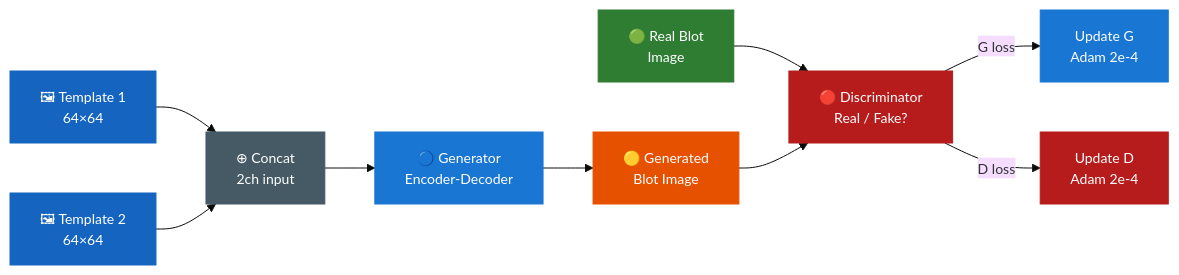
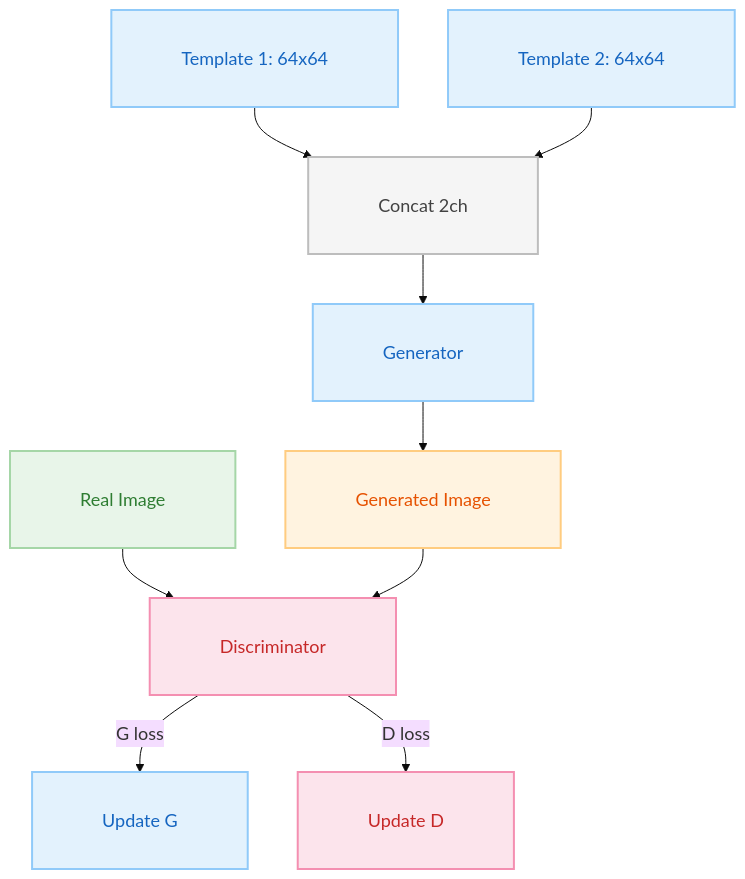
Before and after one commit to buttegggggggg/buttegggggggg.github.io: the fourth of 4 diagrams in DL.qmd, drawn with Mermaid. The commit also changed other lines of this file and 79 other files, not shown here.

````diff
--- a/DL.qmd
+++ b/DL.qmd
@@ -483,31 +475,22 @@
 ```{mermaid}
-%%{init: {"theme": "base", "themeVariables": {"fontSize": "14px"}}}%%
-flowchart LR
-    T1["🖼 Template 1<br/>64×64"]
-    T2["🖼 Template 2<br/>64×64"]
-    CAT["⊕ Concat<br/>2ch input"]
-    G["🔵 Generator<br/>Encoder-Decoder"]
-    FAKE["🟡 Generated<br/>Blot Image"]
-    REAL["🟢 Real Blot<br/>Image"]
-    D["🔴 Discriminator<br/>Real / Fake?"]
-    UG["Update G<br/>Adam 2e-4"]
-    UD["Update D<br/>Adam 2e-4"]
+%%{init: {"theme": "base", "themeVariables": {"fontSize": "18px"}, "flowchart": {"padding": 35}}}%%
+flowchart TD
+    T1["Template 1: 64x64     "] --> CAT["Concat 2ch     "]
+    T2["Template 2: 64x64     "] --> CAT
+    CAT --> G["Generator     "]
+    G --> FAKE["Generated Image     "]
+    REAL["Real Image     "] --> D["Discriminator     "]
+    FAKE --> D
+    D -->|G loss| UG["Update G     "]
+    D -->|D loss| UD["Update D     "]
 
-    T1 --> CAT
-    T2 --> CAT
-    CAT --> G --> FAKE
-    REAL --> D
-    FAKE --> D
-    D -->|"G loss"| UG
-    D -->|"D loss"| UD
-
-    style T1   fill:#1565C0,color:#fff,stroke:#1565C0
-    style T2   fill:#1565C0,color:#fff,stroke:#1565C0
-    style CAT  fill:#455A64,color:#fff,stroke:#455A64
-    style G    fill:#1976D2,color:#fff,stroke:#1976D2
-    style FAKE fill:#E65100,color:#fff,stroke:#E65100
-    style REAL fill:#2E7D32,color:#fff,stroke:#2E7D32
-    style D    fill:#B71C1C,color:#fff,stroke:#B71C1C
-    style UG   fill:#1976D2,color:#fff,stroke:#1976D2
-    style UD   fill:#B71C1C,color:#fff,stroke:#B71C1C
+    style T1   fill:#E3F2FD,color:#1565C0,stroke:#90CAF9,stroke-width:2px
+    style T2   fill:#E3F2FD,color:#1565C0,stroke:#90CAF9,stroke-width:2px
+    style CAT  fill:#F5F5F5,color:#424242,stroke:#BDBDBD,stroke-width:2px
+    style G    fill:#E3F2FD,color:#1565C0,stroke:#90CAF9,stroke-width:2px
+    style FAKE fill:#FFF3E0,color:#E65100,stroke:#FFCC80,stroke-width:2px
+    style REAL fill:#E8F5E9,color:#2E7D32,stroke:#A5D6A7,stroke-width:2px
+    style D    fill:#FCE4EC,color:#C62828,stroke:#F48FB1,stroke-width:2px
+    style UG   fill:#E3F2FD,color:#1565C0,stroke:#90CAF9,stroke-width:2px
+    style UD   fill:#FCE4EC,color:#C62828,stroke:#F48FB1,stroke-width:2px
 ```
````
